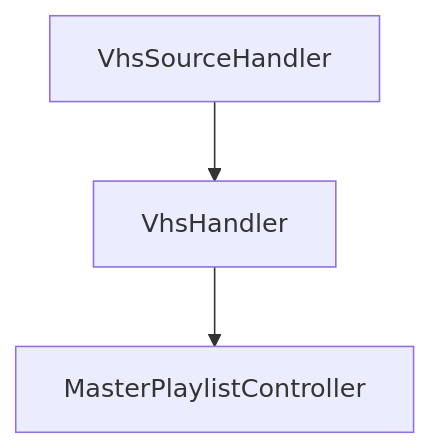
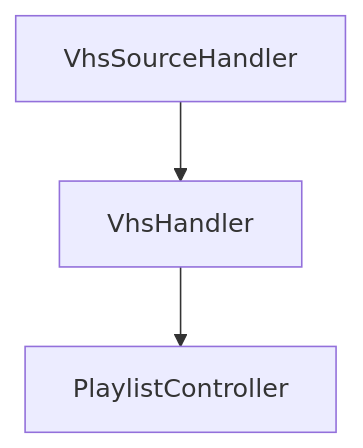
Before and after one commit to videojs/http-streaming: the second of 8 diagrams in docs/a-walk-through-vhs.md, drawn with Mermaid. The commit also changed other lines of this file and 4 other files, not shown here.

````diff
--- a/docs/a-walk-through-vhs.md
+++ b/docs/a-walk-through-vhs.md
@@ -65,5 +65,5 @@
 ```mermaid
 flowchart TD
   VhsSourceHandler --> VhsHandler
-  VhsHandler --> MasterPlaylistController
+  VhsHandler --> PlaylistController
 ```
````
